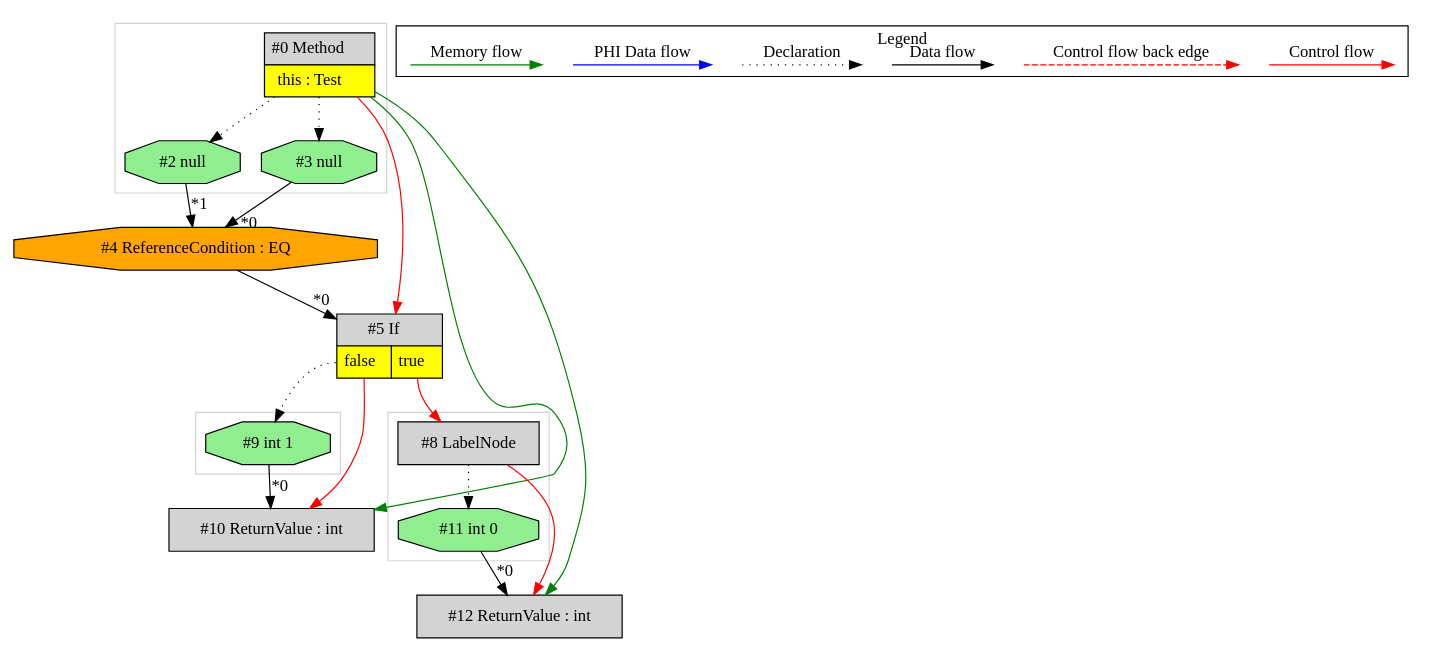
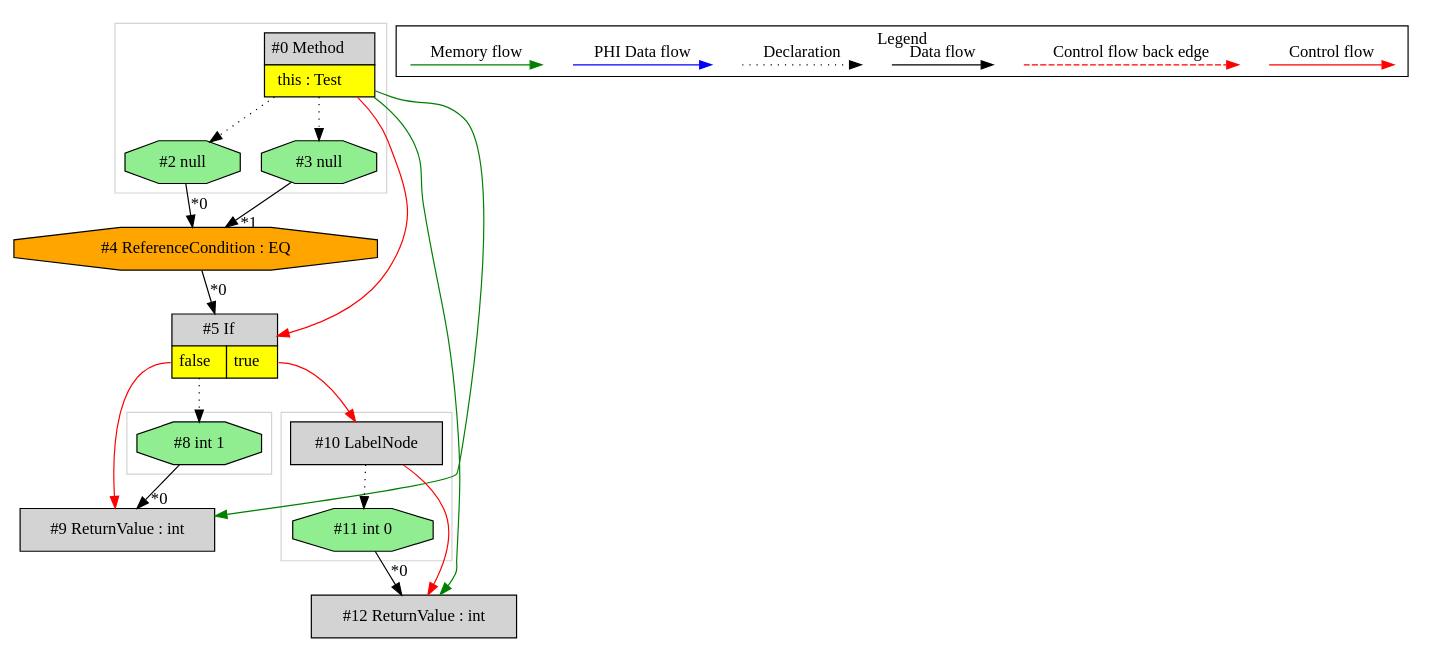
Before and after one commit to mirkosertic/MetaIR: the diagram in de.mirkosertic.metair.ir.OpcodeIFACMPEQTest/test_IF_ACMPEQ/ir.dot, drawn with Graphviz. The commit also changed 722 other files, not shown here.

```diff
--- a/de.mirkosertic.metair.ir.OpcodeIFACMPEQTest/test_IF_ACMPEQ/ir.dot
+++ b/de.mirkosertic.metair.ir.OpcodeIFACMPEQTest/test_IF_ACMPEQ/ir.dot
@@ -1,69 +1,69 @@
 digraph {
  ordering="in";
  node0[margin="0", label=<<table border="0" cellborder="1" cellspacing="0" cellpadding="5"><tr><td colspan="1">#0 Method</td></tr><tr><td port="prj1" bgcolor="yellow">this : Test</td></tr></table>>,shape=none, fillcolor=lightgrey, style=filled];
  node3[label="#3 null",shape=octagon, fillcolor=lightgreen, style=filled];
  node0 -> node3[style=dotted];
  node4[label="#4 ReferenceCondition : EQ",shape=octagon, fillcolor=orange, style=filled];
- node3 -> node4[headlabel="*0", labeldistance=2];
- node2 -> node4[headlabel="*1", labeldistance=2];
+ node2 -> node4[headlabel="*0", labeldistance=2];
+ node3 -> node4[headlabel="*1", labeldistance=2];
  node2[label="#2 null",shape=octagon, fillcolor=lightgreen, style=filled];
  node0 -> node2[style=dotted];
- node5[margin="0", label=<<table border="0" cellborder="1" cellspacing="0" cellpadding="5"><tr><td colspan="2">#5 If</td></tr><tr><td port="prj7" bgcolor="yellow">false</td><td port="prj6" bgcolor="yellow">true</td></tr></table>>,shape=none, fillcolor=lightgrey, style=filled];
+ node5[margin="0", label=<<table border="0" cellborder="1" cellspacing="0" cellpadding="5"><tr><td colspan="2">#5 If</td></tr><tr><td port="prj6" bgcolor="yellow">false</td><td port="prj7" bgcolor="yellow">true</td></tr></table>>,shape=none, fillcolor=lightgrey, style=filled];
  node4 -> node5[headlabel="*0", labeldistance=2];
  node0 -> node5[labeldistance=2, color=red, fontcolor=red];
- node10[label="#10 ReturnValue : int",shape=box, fillcolor=lightgrey, style=filled];
- node9 -> node10[headlabel="*0", labeldistance=2];
+ node10[label="#10 LabelNode",shape=box, fillcolor=lightgrey, style=filled];
  node5:prj7 -> node10[labeldistance=2, color=red, fontcolor=red];
- node0 -> node10[labeldistance=2, color=green, constraint=false];
- node9[label="#9 int 1",shape=octagon, fillcolor=lightgreen, style=filled];
- node5:prj7 -> node9[style=dotted];
- node8[label="#8 LabelNode",shape=box, fillcolor=lightgrey, style=filled];
- node5:prj6 -> node8[labeldistance=2, color=red, fontcolor=red];
+ node11[label="#11 int 0",shape=octagon, fillcolor=lightgreen, style=filled];
+ node10 -> node11[style=dotted];
  node12[label="#12 ReturnValue : int",shape=box, fillcolor=lightgrey, style=filled];
  node11 -> node12[headlabel="*0", labeldistance=2];
- node8 -> node12[labeldistance=2, color=red, fontcolor=red];
+ node10 -> node12[labeldistance=2, color=red, fontcolor=red];
  node0 -> node12[labeldistance=2, color=green, constraint=false];
- node11[label="#11 int 0",shape=octagon, fillcolor=lightgreen, style=filled];
- node8 -> node11[style=dotted];
+ node9[label="#9 ReturnValue : int",shape=box, fillcolor=lightgrey, style=filled];
+ node8 -> node9[headlabel="*0", labeldistance=2];
+ node5:prj6 -> node9[labeldistance=2, color=red, fontcolor=red];
+ node0 -> node9[labeldistance=2, color=green, constraint=false];
+ node8[label="#8 int 1",shape=octagon, fillcolor=lightgreen, style=filled];
+ node5:prj6 -> node8[style=dotted];
  subgraph cluster_0 {
   color=lightgray;
-  node8;
+  node10;
   node11;
  }
  subgraph cluster_1 {
   color=lightgray;
+  node8;
+ }
+ subgraph cluster_2 {
+  color=lightgray;
   node0;
   node2;
   node3;
- }
- subgraph cluster_2 {
-  color=lightgray;
-  node9;
  }
  subgraph cluster_000 {
   label = "Legend";
   node [shape=point]
   {
    rank=same;
    c0 [style = invis];
    c1 [style = invis];
    c2 [style = invis];
    c3 [style = invis];
    d0 [style = invis];
    d1 [style = invis];
    d2 [style = invis];
    d3 [style = invis];
    d4 [style = invis];
    d5 [style = invis];
    d6 [style = invis];
    d7 [style = invis];
   }
   c0 -> c1 [label="Control flow", style=solid, color=red]
   c2 -> c3 [label="Control flow back edge", style=dashed, color=red]
   d0 -> d1 [label="Data flow"]
   d2 -> d3 [label="Declaration", style=dotted]
   d4 -> d5 [label="PHI Data flow", color=blue]
   d6 -> d7 [label="Memory flow", color=green]
  }
 
 }
```
